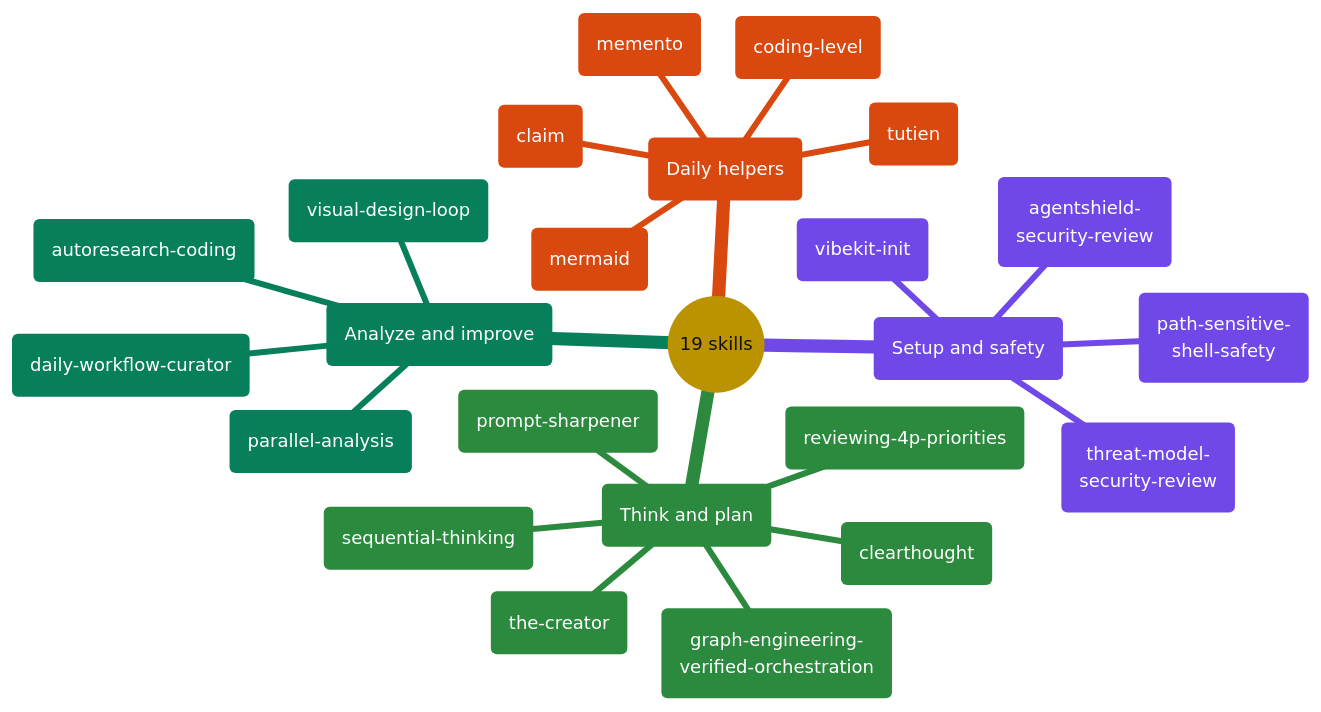
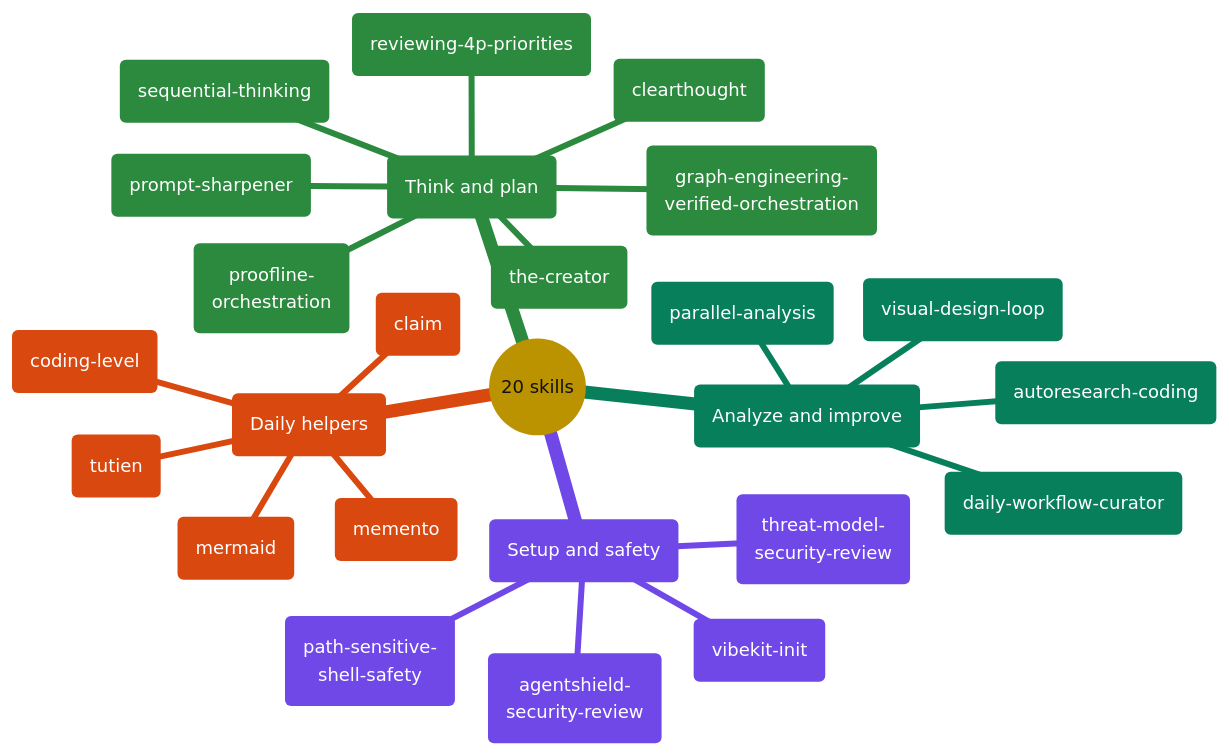
The fifth of 9 diagrams in README.md (giang6283623/minimal-vibe-coding-kit), drawn with Mermaid before and after one commit. The commit also changed other lines of this file and 105 other files, not shown here.

Commit message:
feat: add Proofline orchestration and release v0.5.7

````diff
--- a/README.md
+++ b/README.md
@@ -346,60 +347,61 @@
 ```mermaid
 ---
 config:
   theme: base
   themeCSS: >-
     .mindmap-node:not(.section-root):not(.section--1) text,
     .mindmap-node:not(.section-root):not(.section--1) tspan
     { fill: #FFFFFF !important; }
     .mindmap-node:not(.section-root):not(.section--1) div,
     .mindmap-node:not(.section-root):not(.section--1) span,
     .mindmap-node:not(.section-root):not(.section--1) p
     { color: #FFFFFF !important; }
   themeVariables:
     darkMode: false
     fontFamily: cascadia mono, consolas, noto sans mono, menlo, monospace
     fontSize: 15px
     lineColor: "#888888"
     textColor: "#111111"
     primaryColor: "#FFD43B"
     primaryTextColor: "#111111"
     primaryBorderColor: "#444444"
     cScale0: "#1971C2"
     cScale1: "#7048E8"
     cScale2: "#2B8A3E"
     cScale3: "#087F5B"
     cScale4: "#D9480F"
     cScale5: "#C2255C"
     cScaleLabel0: "#FFFFFF"
     cScaleLabel1: "#FFFFFF"
     cScaleLabel2: "#FFFFFF"
     cScaleLabel3: "#FFFFFF"
     cScaleLabel4: "#FFFFFF"
     cScaleLabel5: "#FFFFFF"
 ---
 mindmap
-  root(("19 skills"))
+  root(("20 skills"))
     setup("Setup and safety")
       s1("vibekit-init")
       s2("agentshield-<br/>security-review")
       s3("path-sensitive-<br/>shell-safety")
       s4("threat-model-<br/>security-review")
     think("Think and plan")
       t1("clearthought")
       t2("sequential-thinking")
       t3("prompt-sharpener")
       t4("reviewing-4p-priorities")
       t5("graph-engineering-<br/>verified-orchestration")
       t6("the-creator")
+      t7("proofline-<br/>orchestration")
     analyze("Analyze and improve")
       a1("parallel-analysis")
       a2("autoresearch-coding")
       a3("daily-workflow-curator")
       a4("visual-design-loop")
     helpers("Daily helpers")
       h1("memento")
       h2("coding-level")
       h3("mermaid")
       h4("claim")
       h5("tutien")
 ```
````
